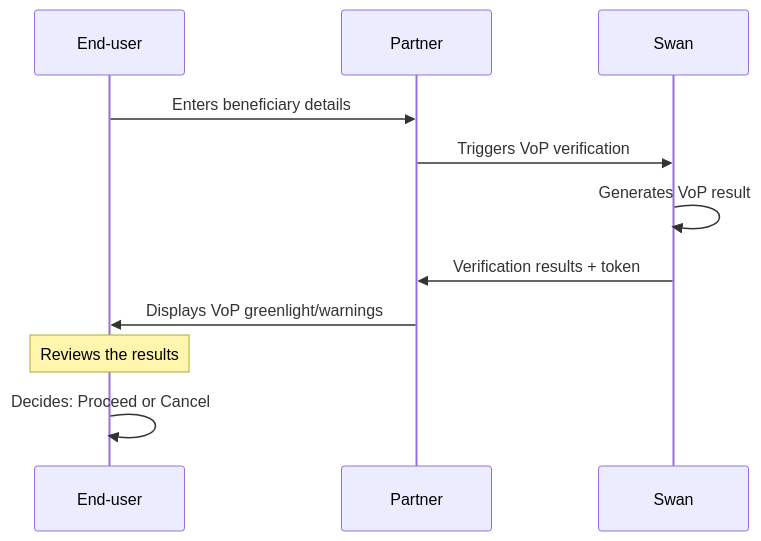
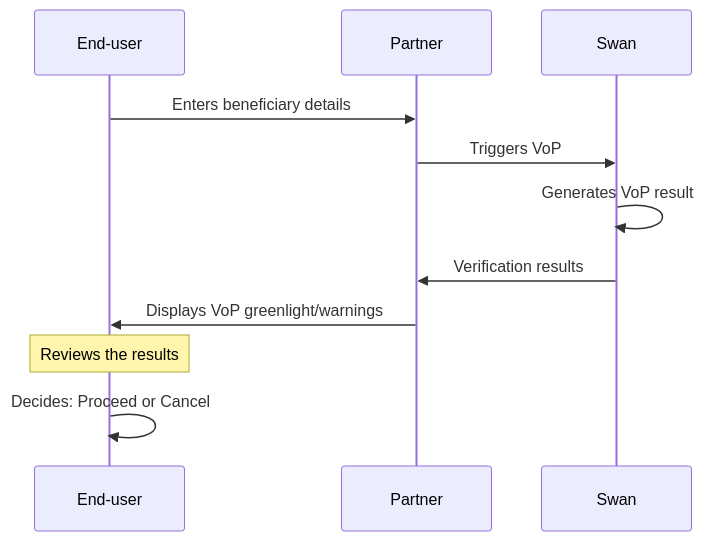
Before and after one commit to swan-io/docs: the first of 3 diagrams in docs/topics/payments/credit-transfers/sepa/verification-of-payee.mdx, drawn with Mermaid. The commit also changed other lines of this file, not shown here.

````diff
--- a/docs/topics/payments/credit-transfers/sepa/verification-of-payee.mdx
+++ b/docs/topics/payments/credit-transfers/sepa/verification-of-payee.mdx
@@ -56,42 +56,42 @@
 ```mermaid
 sequenceDiagram
     participant EU as End-user
     participant P as Partner
     participant S as Swan
 
     EU->>P: Enters beneficiary details
-    P->>S: Triggers VoP verification
+    P->>S: Triggers VoP
     S->>S: Generates VoP result
-    S->>P: Verification results + token
+    S->>P: Verification results
     P->>EU: Displays VoP greenlight/warnings
 
     Note over EU: Reviews the results
 
     EU->>EU: Decides: Proceed or Cancel
 
     %%{init: {
         'theme': 'base',
         'themeVariables': {
             'primaryColor': '#6240b5',
             'primaryTextColor': '#271a48',
             'primaryBorderColor': '#4e3391',
             'lineColor': '#a18cd3',
             'secondaryColor': '#f8f7fc',
             'tertiaryColor': '#ffffff',
             'background': '#ffffff',
             'mainBkg': '#ffffff',
             'secondBkg': '#f8f7fc',
             'tertiaryBkg': '#6240b5',
             'activationBorderColor': '#4e3391',
             'activationBkgColor': '#c0b3e1',
             'sequenceNumberColor': '#ffffff',
             'sectionBkgColor': '#f8f7fc',
             'altSectionBkgColor': '#ffffff',
             'gridColor': '#e5e7eb',
             'disabledBkgColor': '#f3f4f6',
             'disabledTextColor': '#9ca3af',
             'fontSize': '16px',
             'fontFamily': '"Inter", "Segoe UI", system-ui, sans-serif'
         }
     }}%%
 ```
````
